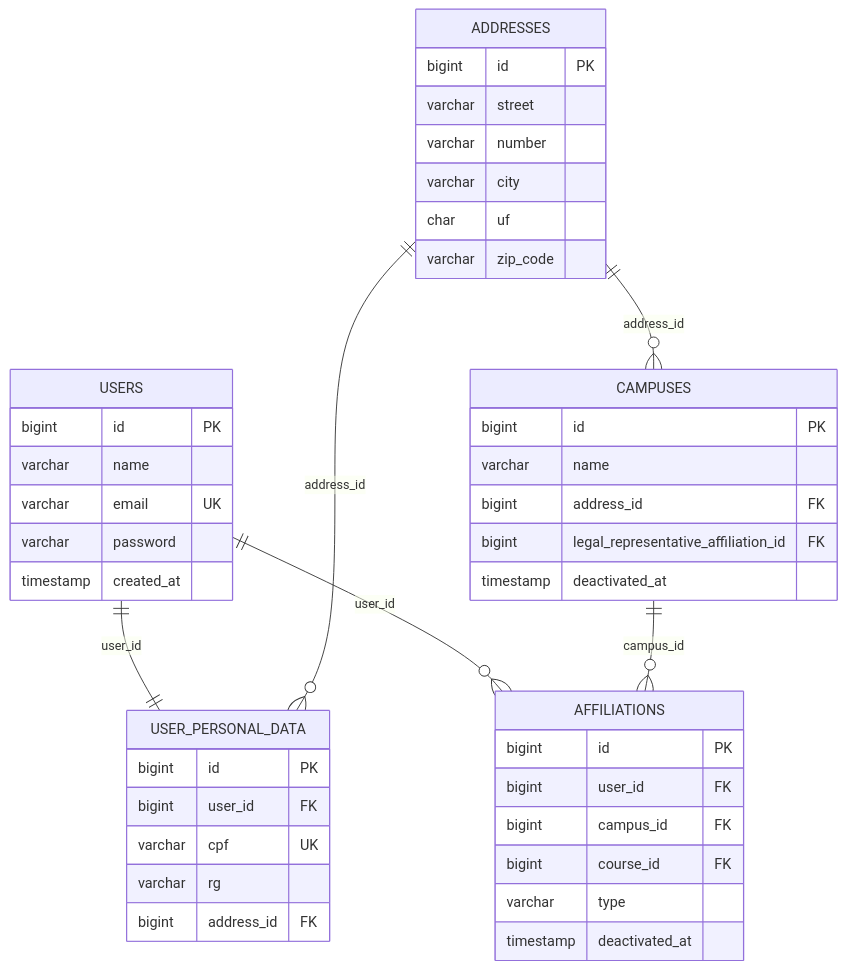
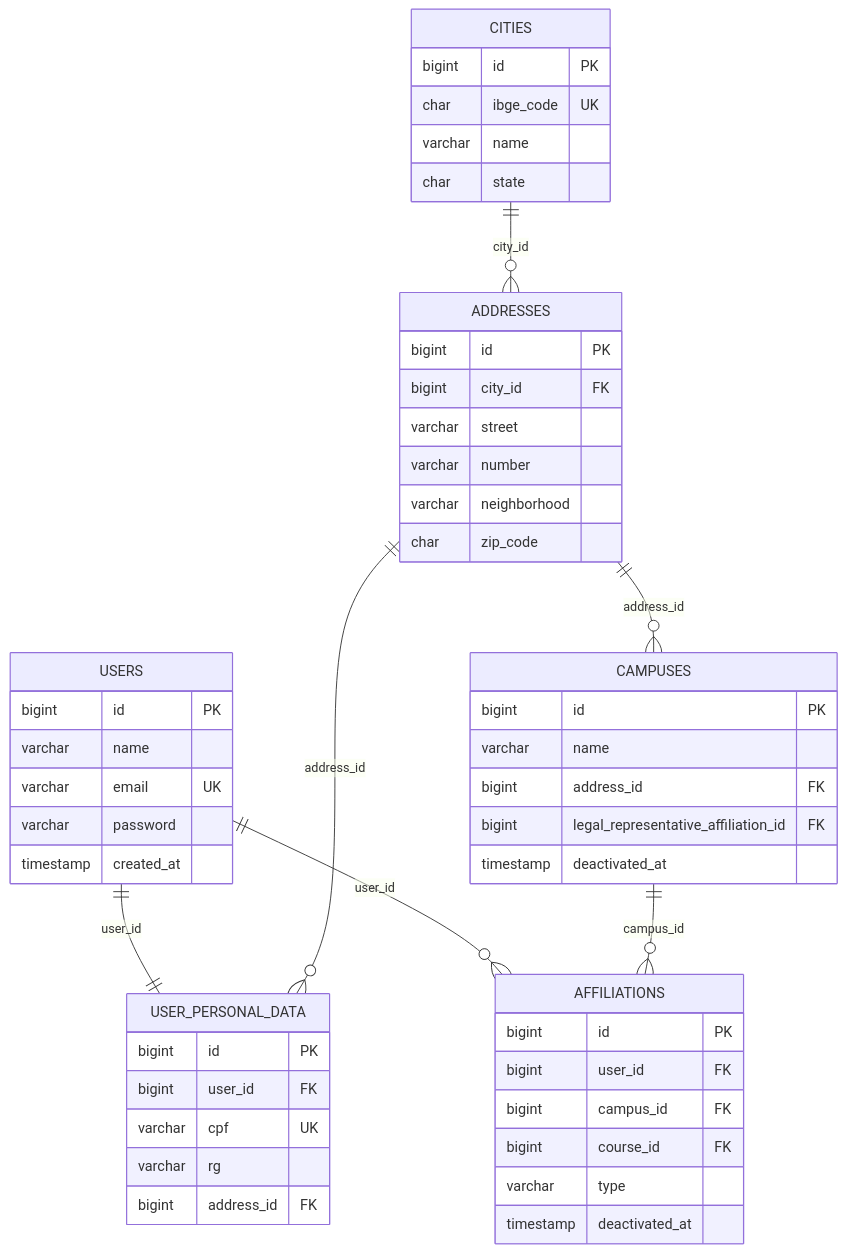
Before and after one commit to sge-suite/docs: the diagram in docs/diagrams/sources/modelo-nucleo-identidade.mmd, drawn with Mermaid. The commit also changed 34 other files, not shown here.

```diff
--- a/docs/diagrams/sources/modelo-nucleo-identidade.mmd
+++ b/docs/diagrams/sources/modelo-nucleo-identidade.mmd
@@ -1,44 +1,51 @@
 erDiagram
     USERS ||--|| USER_PERSONAL_DATA : user_id
     USERS ||--o{ AFFILIATIONS : user_id
+    CITIES ||--o{ ADDRESSES : city_id
     ADDRESSES ||--o{ USER_PERSONAL_DATA : address_id
     ADDRESSES ||--o{ CAMPUSES : address_id
     CAMPUSES ||--o{ AFFILIATIONS : campus_id
 
     USERS {
         bigint id PK
         varchar name
         varchar email UK
         varchar password
         timestamp created_at
     }
     USER_PERSONAL_DATA {
         bigint id PK
         bigint user_id FK
         varchar cpf UK
         varchar rg
         bigint address_id FK
     }
     ADDRESSES {
         bigint id PK
+        bigint city_id FK
         varchar street
         varchar number
-        varchar city
-        char uf
-        varchar zip_code
+        varchar neighborhood
+        char zip_code
+    }
+    CITIES {
+        bigint id PK
+        char ibge_code UK
+        varchar name
+        char state
     }
     CAMPUSES {
         bigint id PK
         varchar name
         bigint address_id FK
         bigint legal_representative_affiliation_id FK
         timestamp deactivated_at
     }
     AFFILIATIONS {
         bigint id PK
         bigint user_id FK
         bigint campus_id FK
         bigint course_id FK
         varchar type
         timestamp deactivated_at
     }
```
